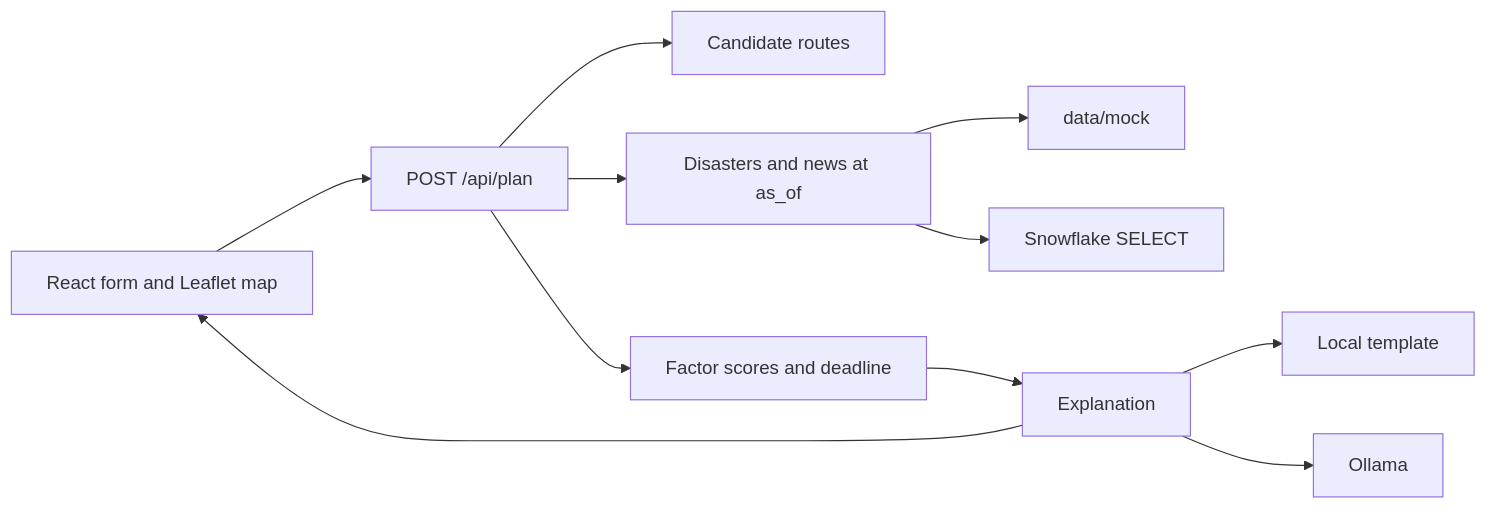
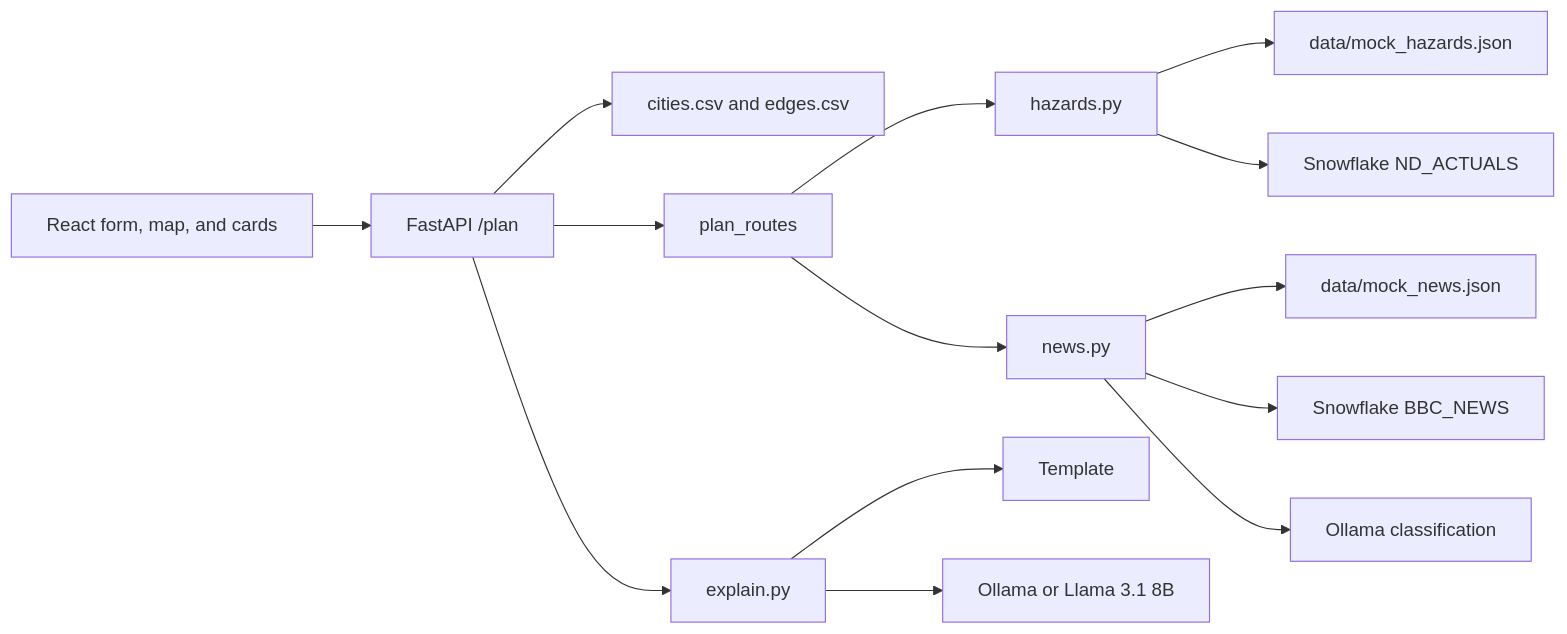
Before and after one commit to SakthiS-oss/BestDelivery: the diagram in README.md, drawn with Mermaid. The commit also changed other lines of this file and 38 other files, not shown here.

````diff
--- a/README.md
+++ b/README.md
@@ -9,13 +9,16 @@
 ```mermaid
 flowchart LR
-  form[React form and Leaflet map] --> plan["POST /api/plan"]
-  plan --> routes[Candidate routes]
-  plan --> sources[Disasters and news at as_of]
-  sources --> mock[data/mock]
-  sources --> snowflake[Snowflake SELECT]
-  plan --> score[Factor scores and deadline]
-  score --> explain[Explanation]
-  explain --> template[Local template]
-  explain --> ollama[Ollama]
-  explain --> form
+  ui[React form, map, and cards] --> api["FastAPI /plan"]
+  api --> catalog[cities.csv and edges.csv]
+  api --> rank[plan_routes]
+  rank --> hazards[hazards.py]
+  rank --> newsmod[news.py]
+  hazards --> mockH[data/mock_hazards.json]
+  hazards --> nd[Snowflake ND_ACTUALS]
+  newsmod --> mockN[data/mock_news.json]
+  newsmod --> bbc[Snowflake BBC_NEWS]
+  newsmod --> classify[Ollama classification]
+  api --> explain[explain.py]
+  explain --> template[Template]
+  explain --> llama[Ollama or Llama 3.1 8B]
 ```
````
